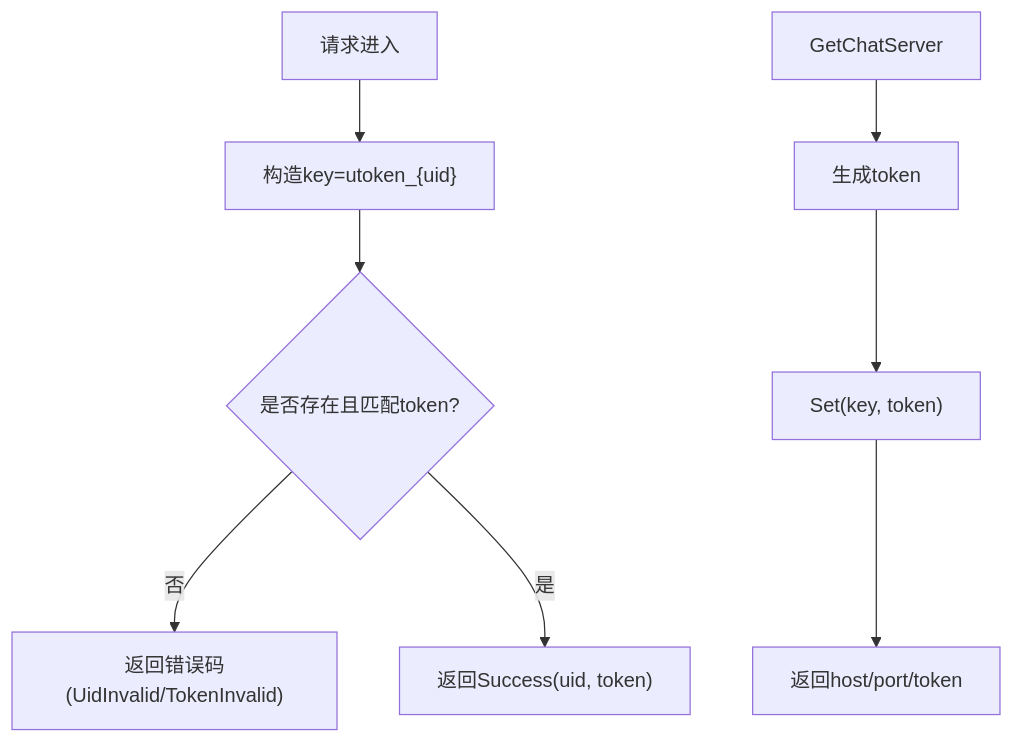
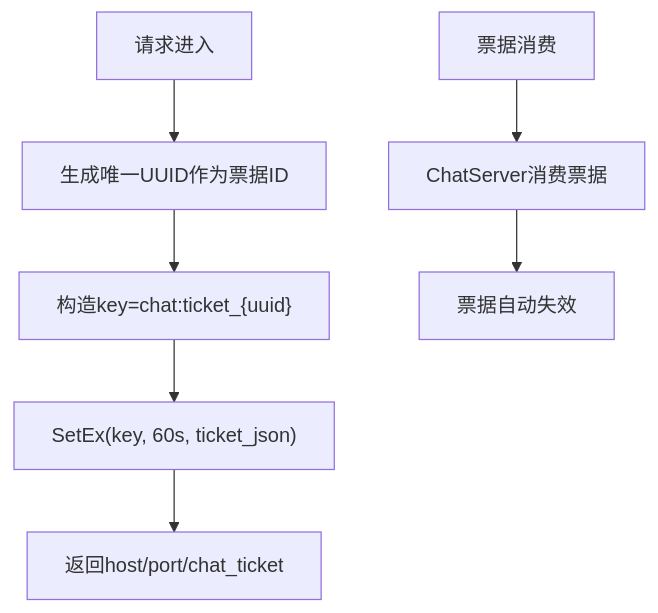
Before and after one commit to echo9923/mychatter: the fifth of 6 diagrams in .qoder/repowiki/zh/content/服务端开发/StatusServer状态管理服务.md, drawn with Mermaid. The commit also changed other lines of this file and 107 other files, not shown here.

````diff
--- a/.qoder/repowiki/zh/content/服务端开发/StatusServer状态管理服务.md
+++ b/.qoder/repowiki/zh/content/服务端开发/StatusServer状态管理服务.md
@@ -227,10 +175,9 @@
 ```mermaid
 flowchart TD
-A["请求进入"] --> B["构造key=utoken_{uid}"]
-B --> C{"是否存在且匹配token?"}
-C --> |否| E["返回错误码(UidInvalid/TokenInvalid)"]
-C --> |是| F["返回Success(uid, token)"]
-G["GetChatServer"] --> H["生成token"]
-H --> I["Set(key, token)"]
-I --> J["返回host/port/token"]
+A["请求进入"] --> B["生成唯一UUID作为票据ID"]
+B --> C["构造key=chat:ticket_{uuid}"]
+C --> D["SetEx(key, 60s, ticket_json)"]
+D --> E["返回host/port/chat_ticket"]
+F["票据消费"] --> G["ChatServer消费票据"]
+G --> H["票据自动失效"]
 ```
````
